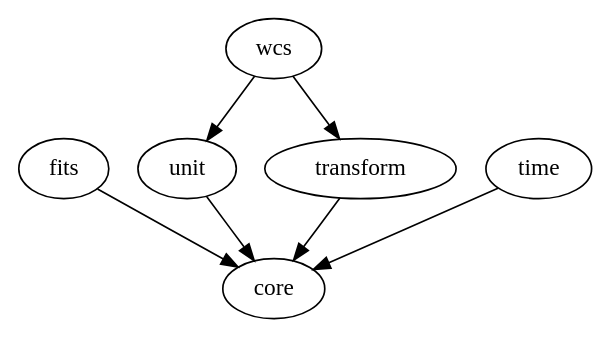
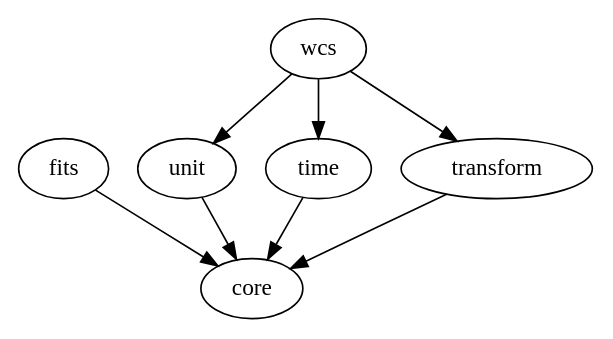
The diagram in source/schemas/index.rst (asdf-format/asdf-standard), drawn with Graphviz before and after one commit. The commit also changed 3 other files, not shown here.

```diff
--- a/source/schemas/index.rst
+++ b/source/schemas/index.rst
@@ -24,8 +24,9 @@
 .. digraph:: modules
 
    "fits" -> "core"
    "unit" -> "core"
    "time" -> "core"
    "transform" -> "core"
    "wcs" -> "transform"
    "wcs" -> "unit"
+   "wcs" -> "time"
```
